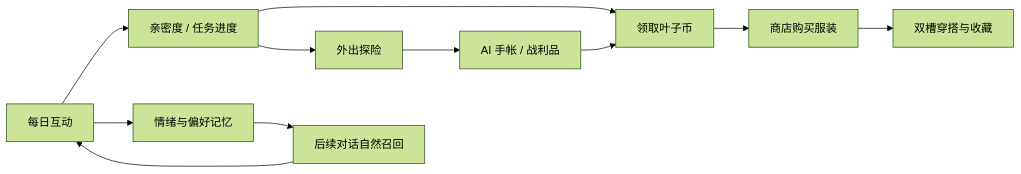
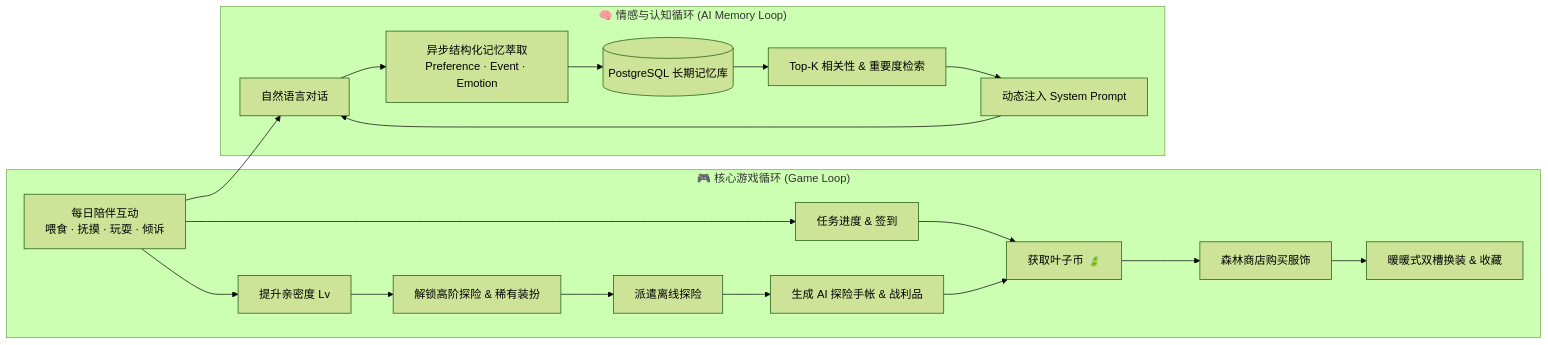
Before and after one commit to Sinera-kiki/meowlog-ai-companion: the first of 2 diagrams in README.md, drawn with Mermaid (forest theme). The commit also changed other lines of this file and 6 other files, not shown here.

````diff
--- a/README.md
+++ b/README.md
@@ -46,13 +63,23 @@
 ```mermaid
 flowchart LR
-    A[每日互动] --> B[亲密度 / 任务进度]
-    B --> C[领取叶子币]
-    C --> D[商店购买服装]
-    D --> E[双槽穿搭与收藏]
-    B --> F[外出探险]
-    F --> G[AI 手帐 / 战利品]
-    G --> C
-    A --> H[情绪与偏好记忆]
-    H --> I[后续对话自然召回]
-    I --> A
+    subgraph CoreLoop["🎮 核心游戏循环 (Game Loop)"]
+        A[每日陪伴互动\n喂食 · 抚摸 · 玩耍 · 倾诉] --> B[任务进度 & 签到]
+        B --> C[获取叶子币 🍃]
+        C --> D[森林商店购买服饰]
+        D --> E[暖暖式双槽换装 & 收藏]
+        A --> F[提升亲密度 Lv]
+        F --> G[解锁高阶探险 & 稀有装扮]
+        G --> H[派遣离线探险]
+        H --> I[生成 AI 探险手帐 & 战利品]
+        I --> C
+    end
+
+    subgraph MemoryLoop["🧠 情感与认知循环 (AI Memory Loop)"]
+        A --> J[自然语言对话]
+        J --> K[异步结构化记忆萃取\nPreference · Event · Emotion]
+        K --> L[(PostgreSQL 长期记忆库)]
+        L --> M[Top-K 相关性 & 重要度检索]
+        M --> N[动态注入 System Prompt]
+        N --> J
+    end
 ```
````
